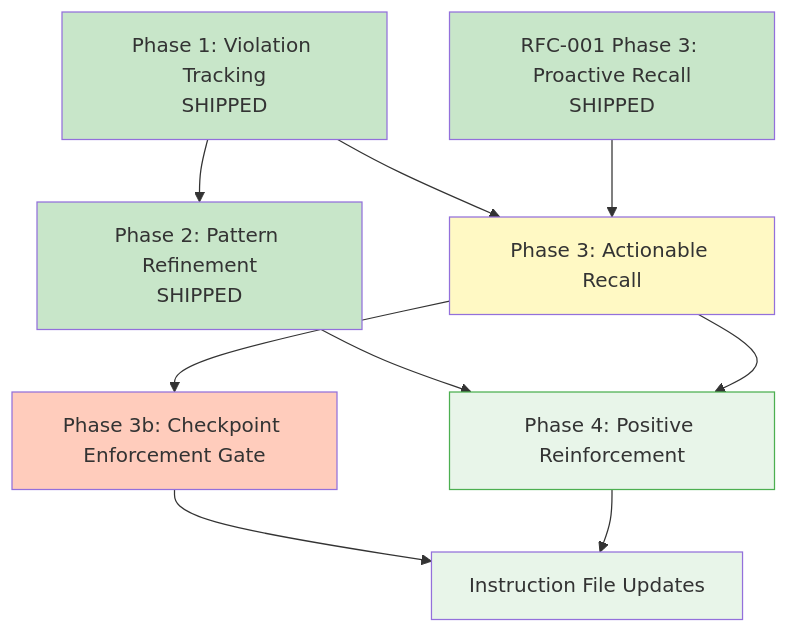
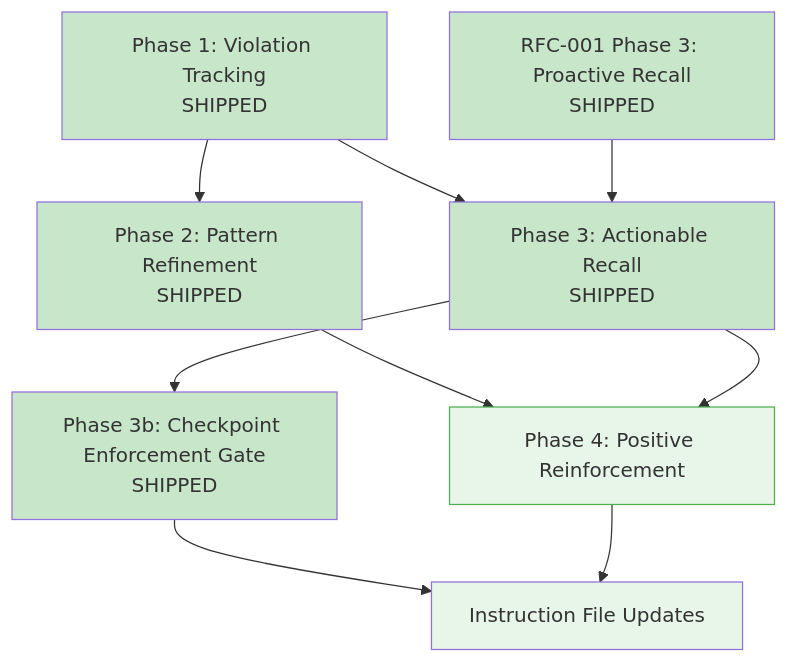
The diagram in docs/rfcs/RFC-002-learning-loop.md (lantisprime/episodic-memory), drawn with Mermaid before and after one commit. The commit also changed other lines of this file and 7 other files, not shown here.

````diff
--- a/docs/rfcs/RFC-002-learning-loop.md
+++ b/docs/rfcs/RFC-002-learning-loop.md
@@ -638,31 +638,29 @@
 ```mermaid
 graph TD
     RFC1P3[RFC-001 Phase 3: Proactive Recall<br/>SHIPPED]
     P1[Phase 1: Violation Tracking<br/>SHIPPED]
     P2[Phase 2: Pattern Refinement<br/>SHIPPED]
-    P3[Phase 3: Actionable Recall]
-    P3b[Phase 3b: Checkpoint Enforcement Gate]
+    P3[Phase 3: Actionable Recall<br/>SHIPPED]
+    P3b[Phase 3b: Checkpoint Enforcement Gate<br/>SHIPPED]
     P4[Phase 4: Positive Reinforcement]
     INST[Instruction File Updates]
 
     P1 --> P2
     P1 --> P3
     RFC1P3 --> P3
     P3 --> P3b
     P2 --> P4
     P3 --> P4
     P3b --> INST
     P4 --> INST
 
     classDef shipped fill:#c8e6c9
     classDef tier1 fill:#e1f5fe
     classDef tier2 fill:#fff9c4
     classDef tier3 fill:#e8f5e9
     classDef enforcement fill:#ffccbc
     classDef positive fill:#e8f5e9,stroke:#4caf50
-    class RFC1P3,P1,P2 shipped
-    class P3 tier2
-    class P3b enforcement
+    class RFC1P3,P1,P2,P3,P3b shipped
     class P4 positive
     class INST tier3
 ```
````
